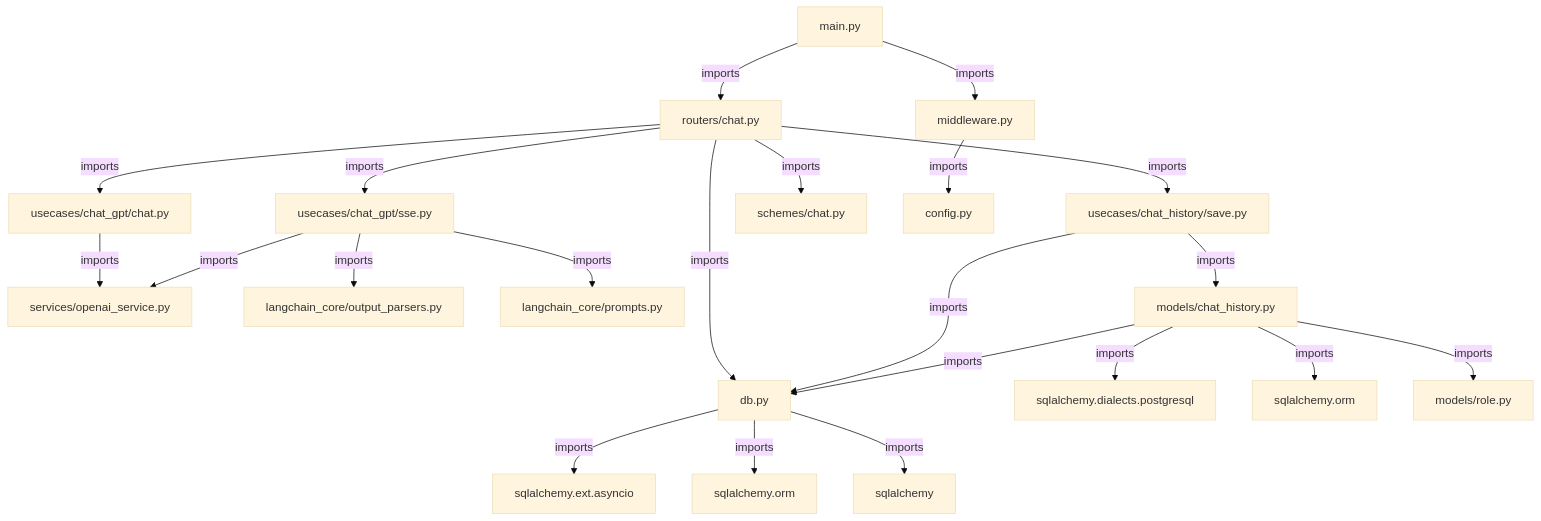
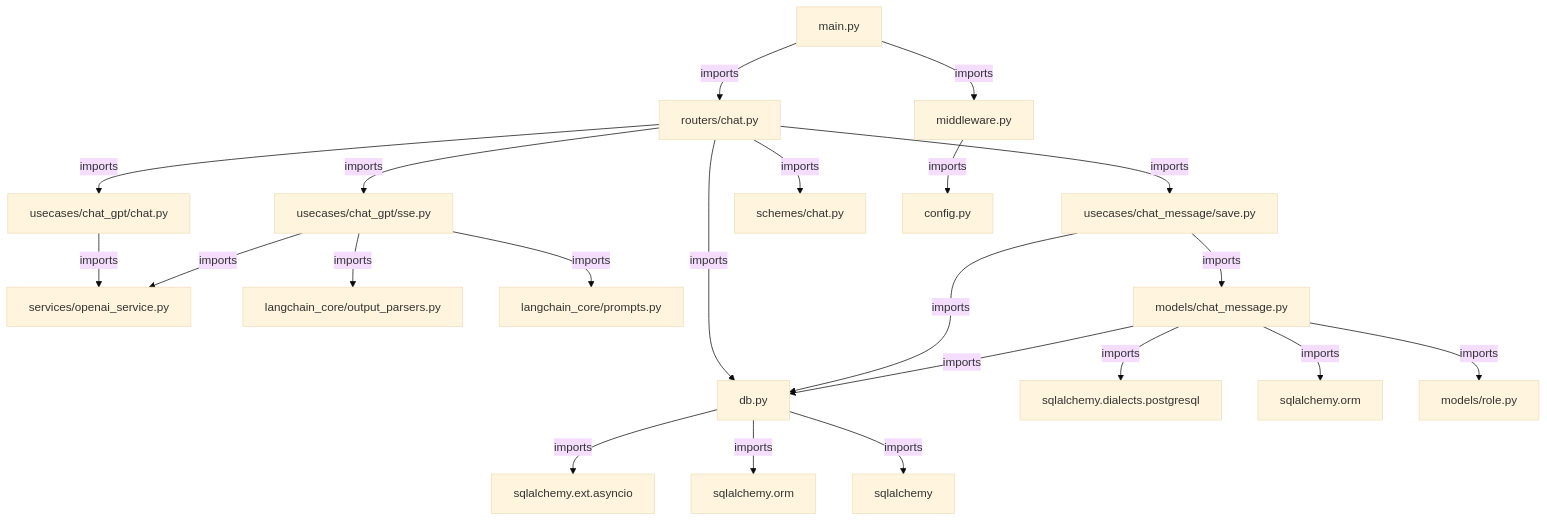
One commit to nakajima97/llm-chat-app-server changed the diagram in documents/graph.md. Above: the diagram before and after it, drawn with Mermaid (base theme). The commit also changed 14 other files, not shown here.

````diff
--- a/documents/graph.md
+++ b/documents/graph.md
@@ -1,24 +1,24 @@
 ```mermaid
 graph TD
     A[main.py] -->|imports| B[routers/chat.py]
     A -->|imports| C[middleware.py]
     B -->|imports| D[usecases/chat_gpt/chat.py]
     B -->|imports| E[usecases/chat_gpt/sse.py]
-    B -->|imports| F[usecases/chat_history/save.py]
+    B -->|imports| F[usecases/chat_message/save.py]
     B -->|imports| G[schemes/chat.py]
     B -->|imports| H[db.py]
     D -->|imports| I[services/openai_service.py]
     E -->|imports| I[services/openai_service.py]
     E -->|imports| J[langchain_core/output_parsers.py]
     E -->|imports| K[langchain_core/prompts.py]
-    F -->|imports| L[models/chat_history.py]
+    F -->|imports| L[models/chat_message.py]
     F -->|imports| H[db.py]
     C -->|imports| M[config.py]
     H -->|imports| N[sqlalchemy.ext.asyncio]
     H -->|imports| O[sqlalchemy.orm]
     H -->|imports| P[sqlalchemy]
     L -->|imports| Q[sqlalchemy.dialects.postgresql]
     L -->|imports| R[sqlalchemy.orm]
     L -->|imports| H[db.py]
     L -->|imports| S[models/role.py]
 ```
````
